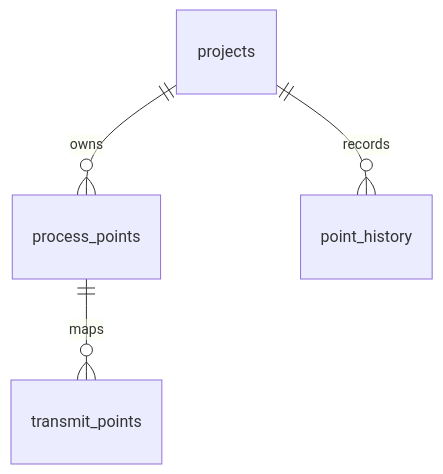
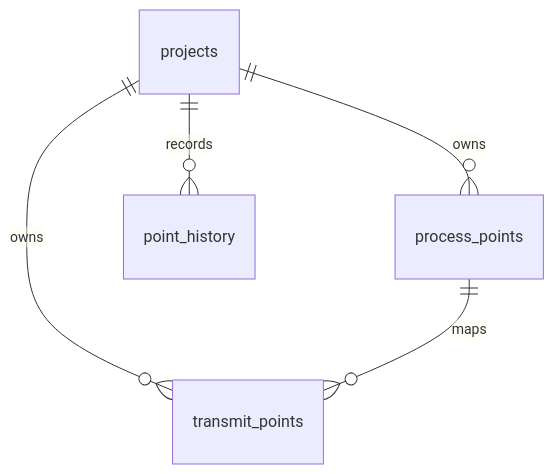
Before and after one commit to ryaaaaaan96/protocol_server: the diagram in docs/architecture.md, drawn with Mermaid. The commit also changed other lines of this file and 93 other files, not shown here.

````diff
--- a/docs/architecture.md
+++ b/docs/architecture.md
@@ -7,6 +50,7 @@
 ```mermaid
 erDiagram
   projects ||--o{ process_points : owns
+  projects ||--o{ transmit_points : owns
   process_points ||--o{ transmit_points : maps
   projects ||--o{ point_history : records
 ```
````
